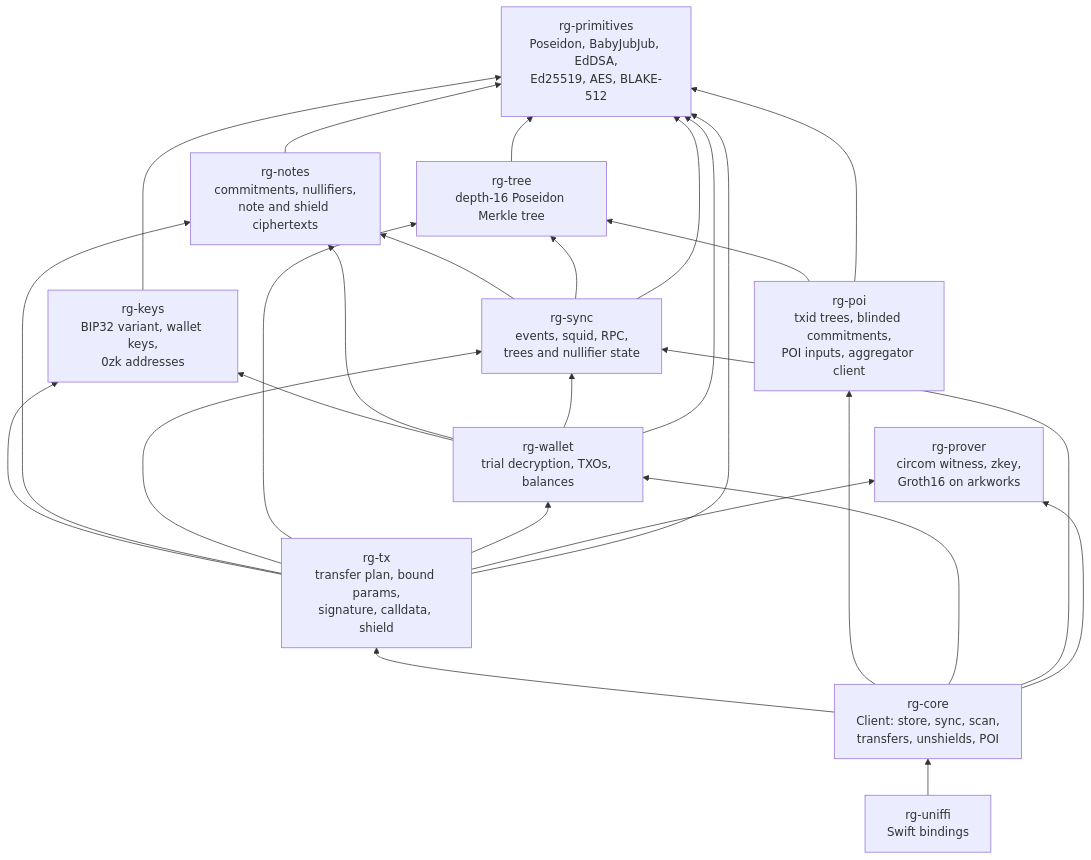
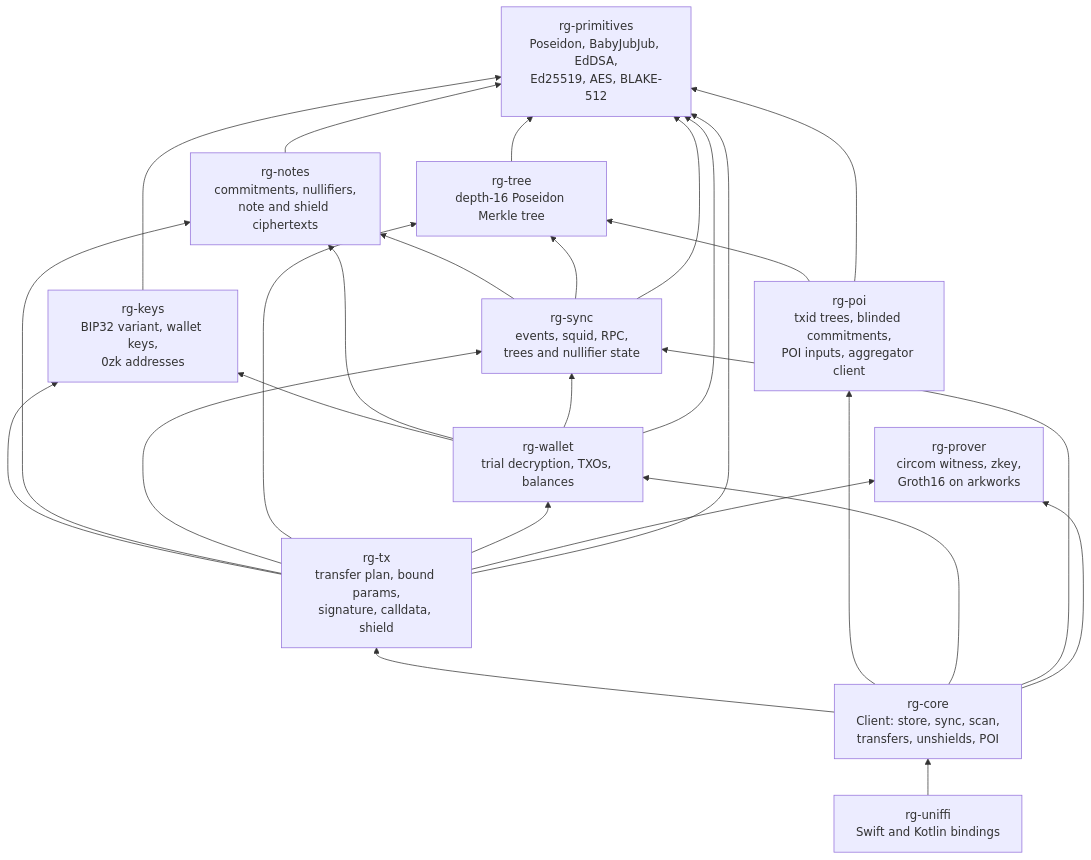
The first of 5 diagrams in docs/architecture.md (hewigovens/railgun.rs), drawn with Mermaid before and after one commit. The commit also changed other lines of this file and 11 other files, not shown here.

First line of the commit message:
Add Kotlin bindings and the Android build

````diff
--- a/docs/architecture.md
+++ b/docs/architecture.md
@@ -8,40 +8,40 @@
 ```mermaid
 flowchart BT
     primitives["rg-primitives<br/>Poseidon, BabyJubJub, EdDSA,<br/>Ed25519, AES, BLAKE-512"]
     keys["rg-keys<br/>BIP32 variant, wallet keys,<br/>0zk addresses"]
     notes["rg-notes<br/>commitments, nullifiers,<br/>note and shield ciphertexts"]
     tree["rg-tree<br/>depth-16 Poseidon Merkle tree"]
     sync["rg-sync<br/>events, squid, RPC,<br/>trees and nullifier state"]
     wallet["rg-wallet<br/>trial decryption, TXOs, balances"]
     prover["rg-prover<br/>circom witness, zkey,<br/>Groth16 on arkworks"]
     tx["rg-tx<br/>transfer plan, bound params,<br/>signature, calldata, shield"]
     poi["rg-poi<br/>txid trees, blinded commitments,<br/>POI inputs, aggregator client"]
 
     keys --> primitives
     notes --> primitives
     tree --> primitives
     sync --> notes
     sync --> tree
     sync --> primitives
     wallet --> keys
     wallet --> notes
     wallet --> sync
     wallet --> primitives
     tx --> keys
     tx --> notes
     tx --> sync
     tx --> tree
     tx --> wallet
     tx --> prover
     tx --> primitives
     poi --> tree
     poi --> primitives
     core["rg-core<br/>Client: store, sync, scan,<br/>transfers, unshields, POI"]
     core --> tx
     core --> poi
     core --> wallet
     core --> sync
     core --> prover
-    uniffi["rg-uniffi<br/>Swift bindings"]
+    uniffi["rg-uniffi<br/>Swift and Kotlin bindings"]
     uniffi --> core
 ```
````
